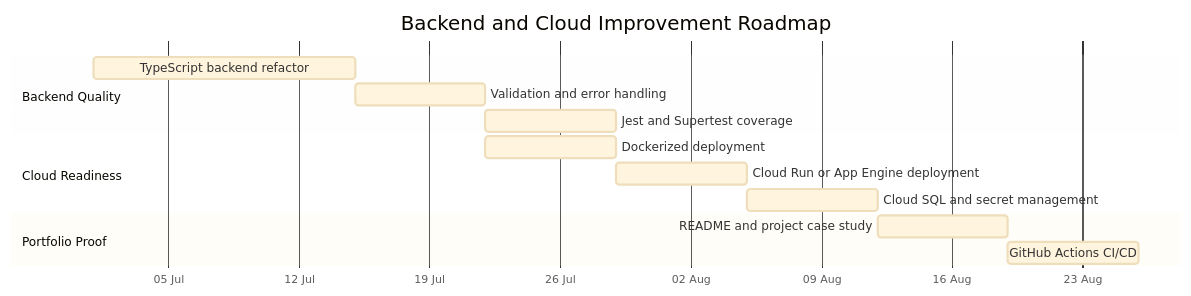
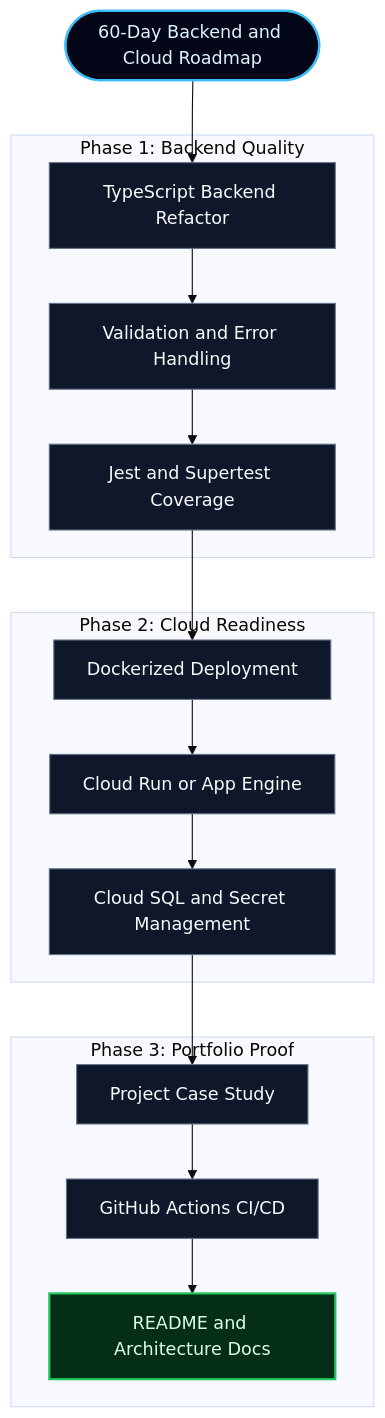
One commit to Ilhamnofaldi/Ilhamnofaldi changed the sixth of 6 diagrams in README.md. Above: the diagram before and after it, drawn with Mermaid (base theme). The commit also changed other lines of this file, not shown here.

````diff
--- a/README.md
+++ b/README.md
@@ -370,20 +379,32 @@
 ```mermaid
-gantt
-    title Backend and Cloud Improvement Roadmap
-    dateFormat  YYYY-MM-DD
-    axisFormat  %d %b
+flowchart TB
+    START(["60-Day Backend and Cloud Roadmap"])
 
-    section Backend Quality
-    TypeScript backend refactor         :a1, 2026-07-01, 14d
-    Validation and error handling       :a2, after a1, 7d
-    Jest and Supertest coverage         :a3, after a2, 7d
+    subgraph P1["Phase 1: Backend Quality"]
+        A1["TypeScript Backend Refactor"]
+        A2["Validation and Error Handling"]
+        A3["Jest and Supertest Coverage"]
+    end
 
-    section Cloud Readiness
-    Dockerized deployment               :b1, 2026-07-22, 7d
-    Cloud Run or App Engine deployment  :b2, after b1, 7d
-    Cloud SQL and secret management     :b3, after b2, 7d
+    subgraph P2["Phase 2: Cloud Readiness"]
+        B1["Dockerized Deployment"]
+        B2["Cloud Run or App Engine"]
+        B3["Cloud SQL and Secret Management"]
+    end
 
-    section Portfolio Proof
-    README and project case study       :c1, 2026-08-12, 7d
-    GitHub Actions CI/CD                :c2, after c1, 7d
+    subgraph P3["Phase 3: Portfolio Proof"]
+        C1["Project Case Study"]
+        C2["GitHub Actions CI/CD"]
+        C3["README and Architecture Docs"]
+    end
+
+    START --> A1 --> A2 --> A3 --> B1 --> B2 --> B3 --> C1 --> C2 --> C3
+
+    classDef core fill:#020617,stroke:#38bdf8,color:#e0f2fe,stroke-width:2px;
+    classDef task fill:#0f172a,stroke:#64748b,color:#f8fafc,stroke-width:1px;
+    classDef finalTask fill:#052e16,stroke:#22c55e,color:#dcfce7,stroke-width:2px;
+
+    class START core;
+    class A1,A2,A3,B1,B2,B3,C1,C2 task;
+    class C3 finalTask;
 ```
````
